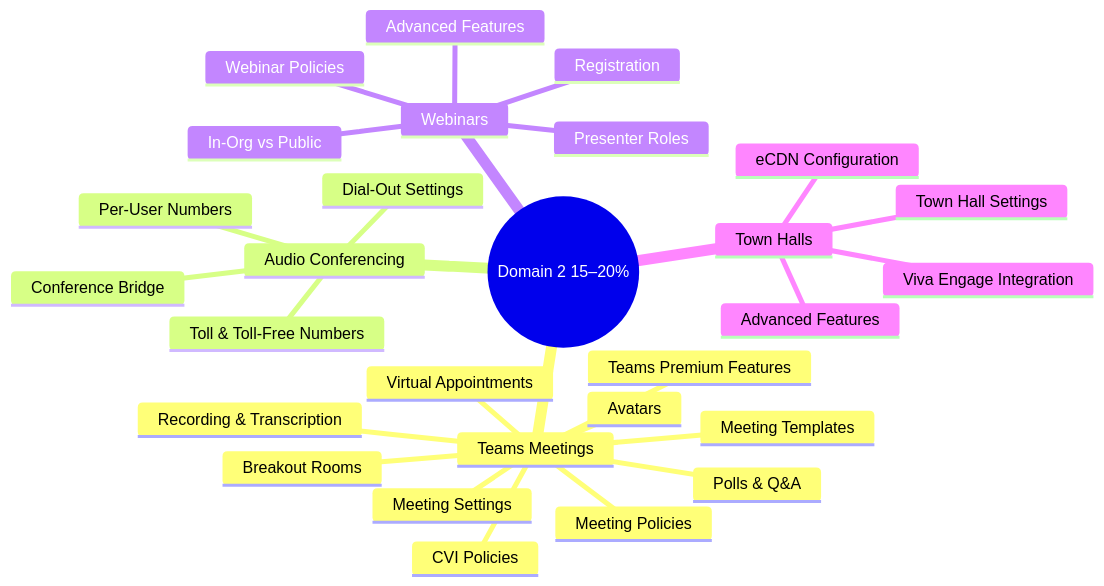
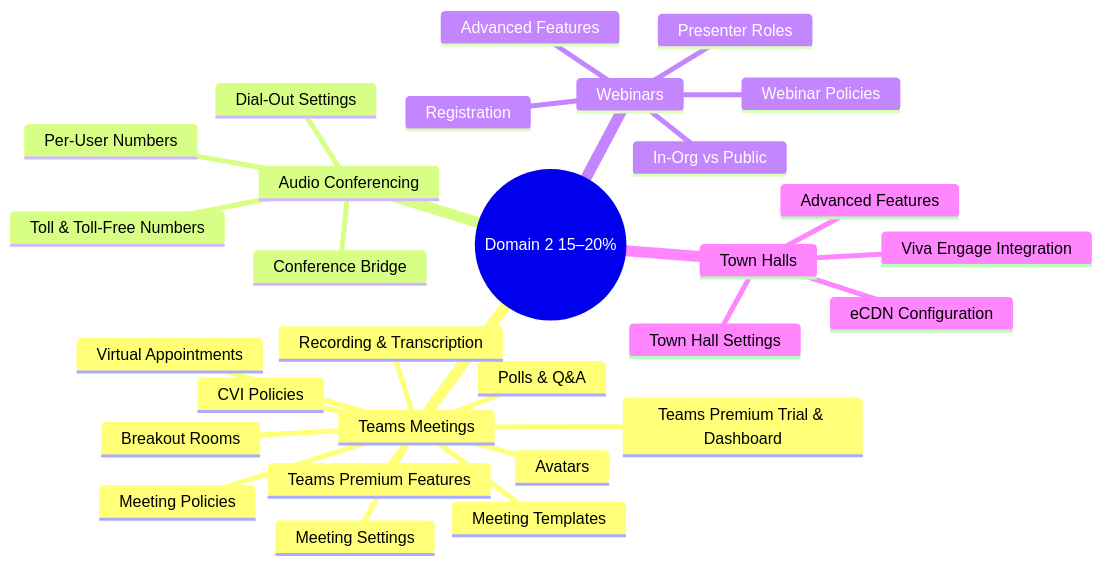
Before and after one commit to marcogrimaldi29/ms-721-study-notes: the diagram in 02-meetings-webinars-townhalls.md, drawn with Mermaid. The commit also changed other lines of this file and 4 other files, not shown here.

````diff
--- a/02-meetings-webinars-townhalls.md
+++ b/02-meetings-webinars-townhalls.md
@@ -18,31 +18,32 @@
 ```mermaid
 mindmap
   root((Domain 2 15–20%))
     Teams Meetings
       Meeting Policies
       Meeting Settings
       Meeting Templates
       Avatars
       Breakout Rooms
       Polls & Q&A
       Recording & Transcription
       Teams Premium Features
+      Teams Premium Trial & Dashboard
       Virtual Appointments
       CVI Policies
     Audio Conferencing
       Conference Bridge
       Toll & Toll-Free Numbers
       Per-User Numbers
       Dial-Out Settings
     Webinars
       Webinar Policies
       Registration
       Presenter Roles
       In-Org vs Public
       Advanced Features
     Town Halls
       Town Hall Settings
       eCDN Configuration
       Advanced Features
       Viva Engage Integration
 ```
````
